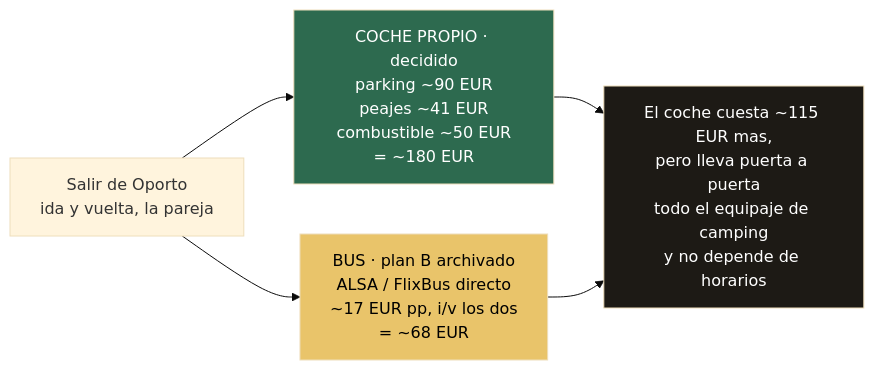
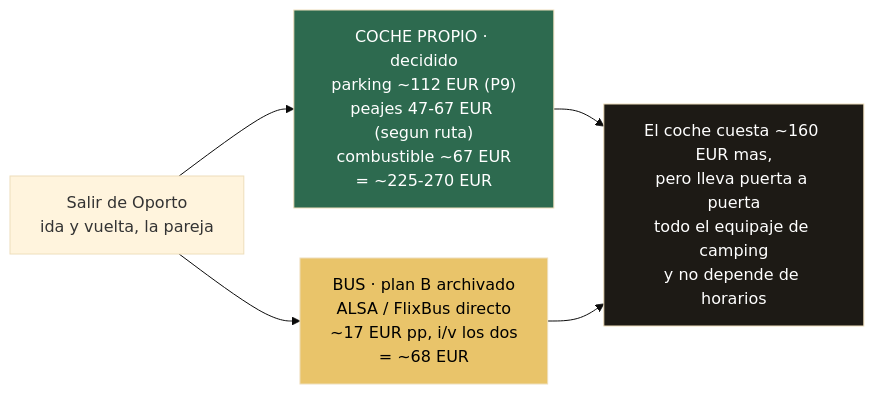
The sixth of 8 diagrams in 02-presupuesto.md (morandeirachema/namibia), drawn with Mermaid (base theme) before and after one commit. The commit also changed other lines of this file and 3 other files, not shown here.

Commit message:
El traslado a Oporto se quedó corto: el gasóleo real, la portagem de la A3 y el parking suben el i/v de ~€180 a ~€225-270

````diff
--- a/02-presupuesto.md
+++ b/02-presupuesto.md
@@ -534,10 +548,10 @@
 ```mermaid
 flowchart LR
-    A["Salir de Oporto<br/>ida y vuelta, la pareja"] --> B["COCHE PROPIO · decidido<br/>parking ~90 EUR<br/>peajes ~41 EUR<br/>combustible ~50 EUR<br/>= ~180 EUR"]
+    A["Salir de Oporto<br/>ida y vuelta, la pareja"] --> B["COCHE PROPIO · decidido<br/>parking ~112 EUR (P9)<br/>peajes 47-67 EUR (segun ruta)<br/>combustible ~67 EUR<br/>= ~225-270 EUR"]
     A --> C["BUS · plan B archivado<br/>ALSA / FlixBus directo<br/>~17 EUR pp, i/v los dos<br/>= ~68 EUR"]
-    B --> D["El coche cuesta ~115 EUR mas,<br/>pero lleva puerta a puerta<br/>todo el equipaje de camping<br/>y no depende de horarios"]
+    B --> D["El coche cuesta ~160 EUR mas,<br/>pero lleva puerta a puerta<br/>todo el equipaje de camping<br/>y no depende de horarios"]
     C --> D
     style B fill:#2d6a4f,color:#fff
     style C fill:#e9c46a,color:#000
     style D fill:#1D1A15,color:#fff
 ```
````
